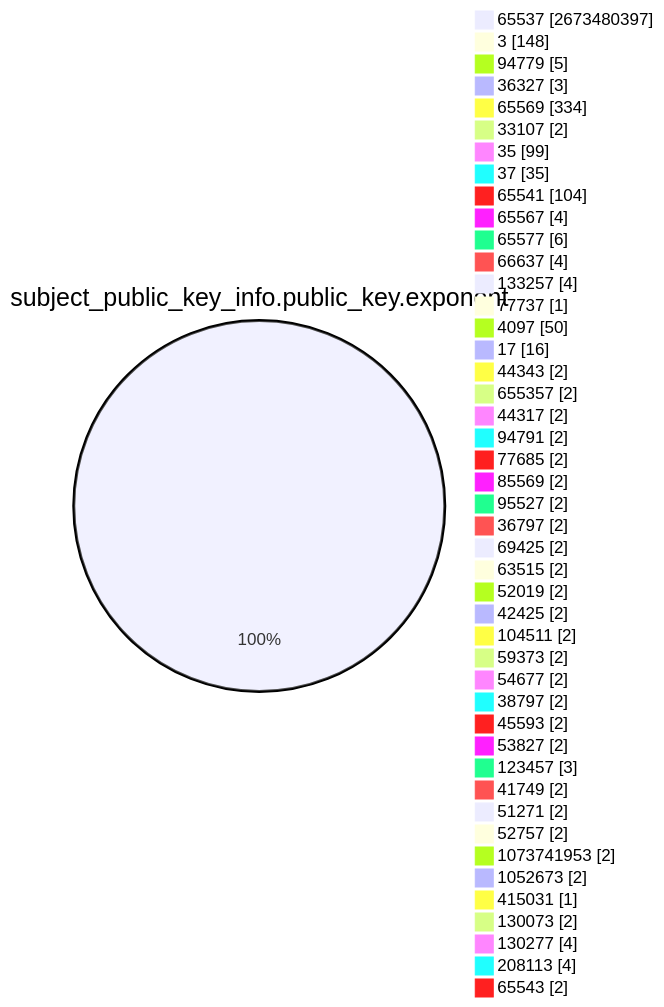
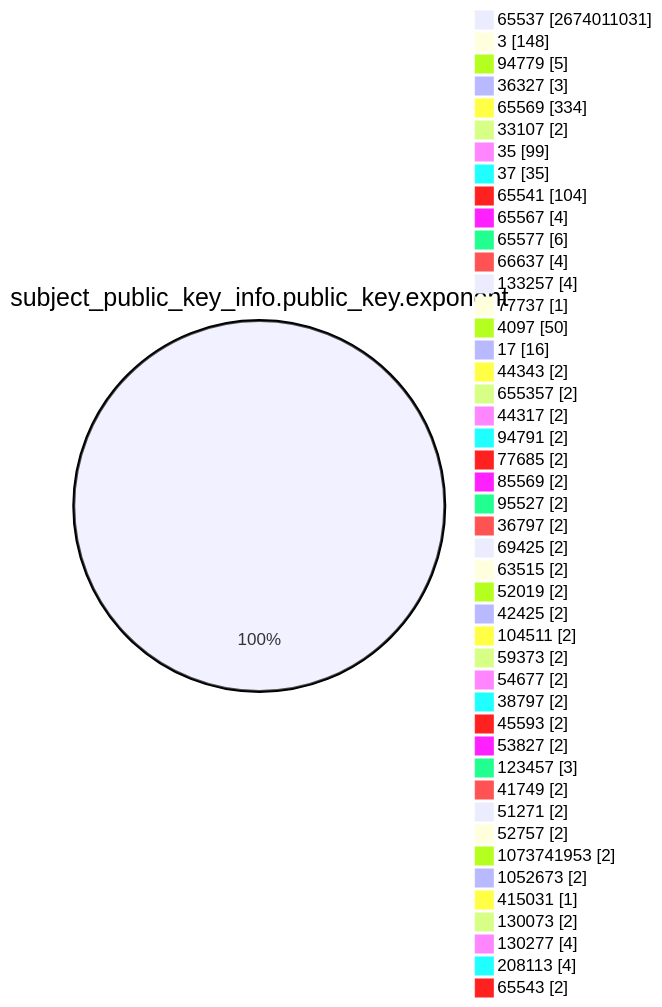
One commit to christiankrug/ctmonitor_visualization changed the fourth of 15 diagrams in TOTAL/README.md. Above: the diagram before and after it, drawn with Mermaid. The commit also changed other lines of this file, not shown here.

````diff
--- a/TOTAL/README.md
+++ b/TOTAL/README.md
@@ -1467,49 +1467,49 @@
 ```mermaid
 pie showData
 title subject_public_key_info.public_key.exponent
-"65537" :2673480397
+"65537" :2674011031
 "3" :148
 "94779" :5
 "36327" :3
 "65569" :334
 "33107" :2
 "35" :99
 "37" :35
 "65541" :104
 "65567" :4
 "65577" :6
 "66637" :4
 "133257" :4
 "77737" :1
 "4097" :50
 "17" :16
 "44343" :2
 "655357" :2
 "44317" :2
 "94791" :2
 "77685" :2
 "85569" :2
 "95527" :2
 "36797" :2
 "69425" :2
 "63515" :2
 "52019" :2
 "42425" :2
 "104511" :2
 "59373" :2
 "54677" :2
 "38797" :2
 "45593" :2
 "53827" :2
 "123457" :3
 "41749" :2
 "51271" :2
 "52757" :2
 "1073741953" :2
 "1052673" :2
 "415031" :1
 "130073" :2
 "130277" :4
 "208113" :4
 "65543" :2
 ```
````
